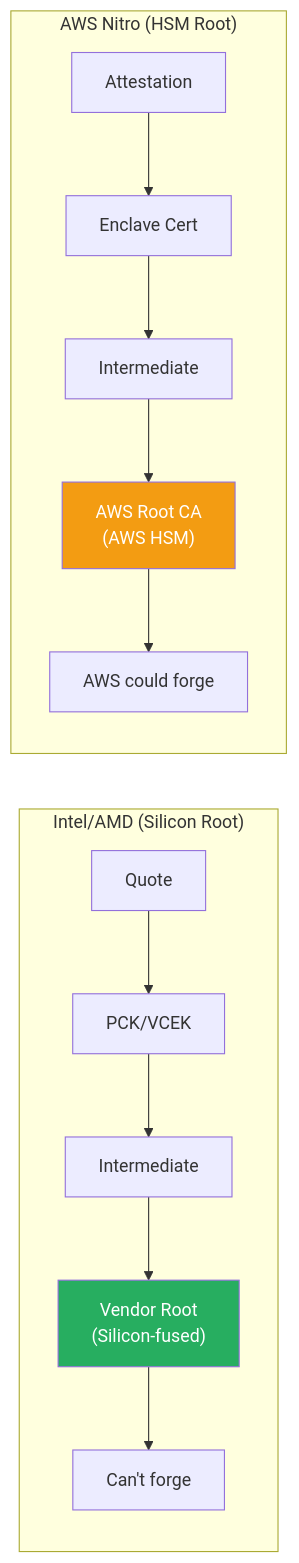
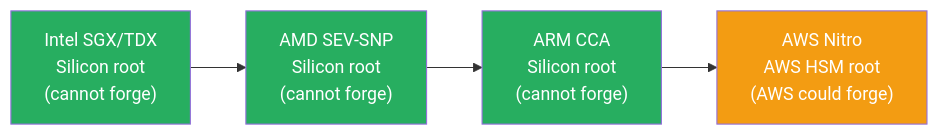
Before and after one commit to V-k-h/roots-of-trust: the fifth of 12 diagrams in posts/04-cross-platform-attestation.md, drawn with Mermaid. The commit also changed other lines of this file, not shown here.

First line of the commit message:
Improve clarity and formatting in cross-platform attestation post

````diff
--- a/posts/04-cross-platform-attestation.md
+++ b/posts/04-cross-platform-attestation.md
@@ -154,19 +171,14 @@
 ```mermaid
 flowchart LR
-    subgraph Silicon["Intel/AMD (Silicon Root)"]
-        Q1[Quote] --> PCK1[PCK/VCEK]
-        PCK1 --> Int1[Intermediate]
-        Int1 --> Root1["Vendor Root\n(Silicon-fused)"]
-        Root1 --> Trust1["Can't forge"]
-    end
-    
-    subgraph AWS["AWS Nitro (HSM Root)"]
-        Q2[Attestation] --> Cert2[Enclave Cert]
-        Cert2 --> Int2[Intermediate]
-        Int2 --> Root2["AWS Root CA\n(AWS HSM)"]
-        Root2 --> Trust2["AWS could forge"]
-    end
-    
-    style Root1 fill:#27ae60,color:#fff
-    style Root2 fill:#f39c12,color:#fff
+    Intel["Intel SGX/TDX<br>Silicon root<br>(cannot forge)"]
+    AMD["AMD SEV-SNP<br>Silicon root<br>(cannot forge)"]
+    ARM["ARM CCA<br>Silicon root<br>(cannot forge)"]
+    AWS["AWS Nitro<br>AWS HSM root<br>(AWS could forge)"]
+
+    Intel --> AMD --> ARM --> AWS
+
+    style Intel fill:#27ae60,color:#fff
+    style AMD fill:#27ae60,color:#fff
+    style ARM fill:#27ae60,color:#fff
+    style AWS fill:#f39c12,color:#fff
 ```
````
